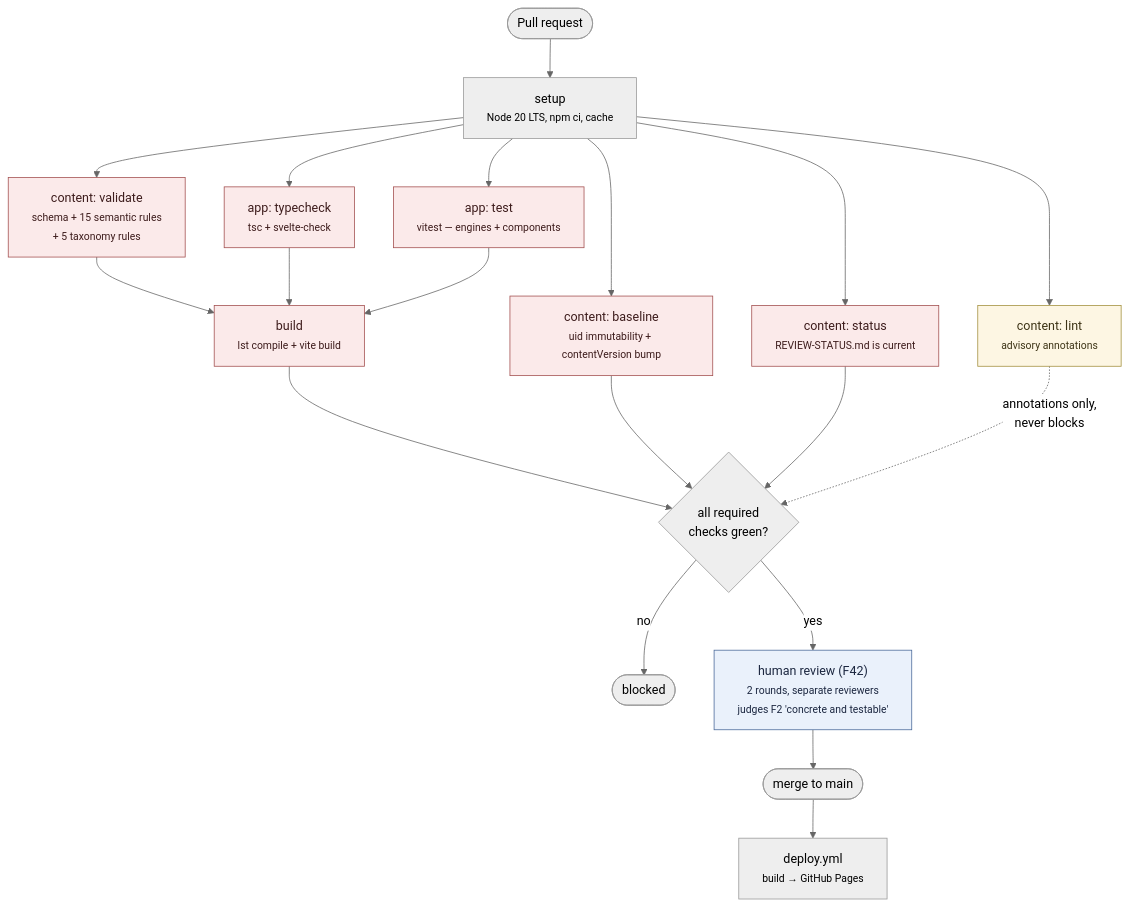
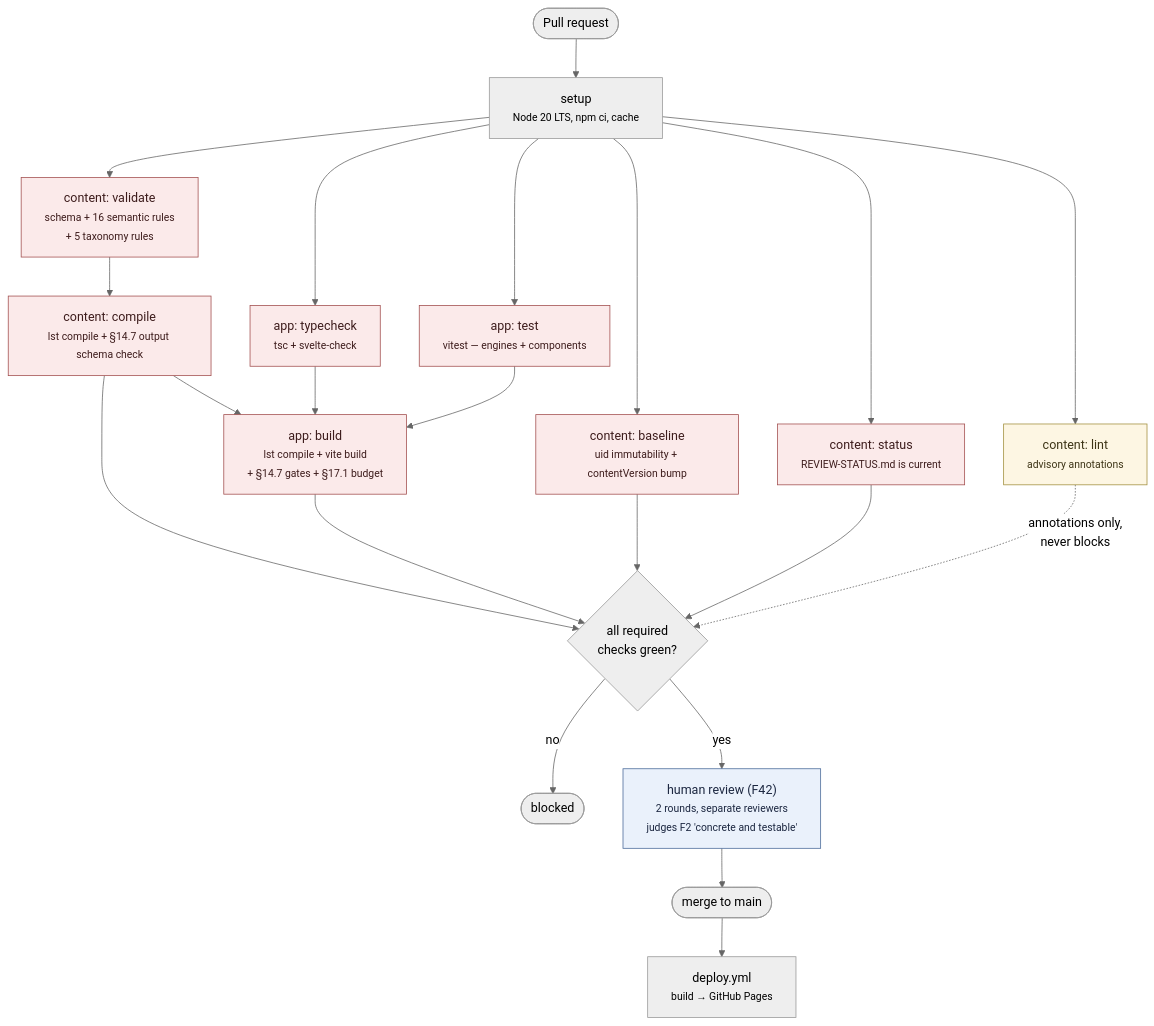
One commit to lifeskilltracker/lifeskilltracker.github.io changed the fourth of 9 diagrams in docs/ARCHITECTURE.md. Above: the diagram before and after it, drawn with Mermaid (neutral theme). The commit also changed other lines of this file and 16 other files, not shown here.

````diff
--- a/docs/ARCHITECTURE.md
+++ b/docs/ARCHITECTURE.md
@@ -901,32 +914,34 @@
 ```mermaid
 flowchart TD
     PR([Pull request]) --> SETUP["setup<br/><small>Node 20 LTS, npm ci, cache</small>"]
 
-    SETUP --> V["content: validate<br/><small>schema + 15 semantic rules<br/>+ 5 taxonomy rules</small>"]
+    SETUP --> V["content: validate<br/><small>schema + 16 semantic rules<br/>+ 5 taxonomy rules</small>"]
     SETUP --> B["content: baseline<br/><small>uid immutability + contentVersion bump</small>"]
     SETUP --> L["content: lint<br/><small>advisory annotations</small>"]
     SETUP --> ST["content: status<br/><small>REVIEW-STATUS.md is current</small>"]
     SETUP --> TC["app: typecheck<br/><small>tsc + svelte-check</small>"]
     SETUP --> T["app: test<br/><small>vitest — engines + components</small>"]
 
-    V --> BUILD["build<br/><small>lst compile + vite build</small>"]
+    V --> CMP["content: compile<br/><small>lst compile + §14.7 output schema check</small>"]
+    CMP --> BUILD["app: build<br/><small>lst compile + vite build<br/>+ §14.7 gates + §17.1 budget</small>"]
     TC --> BUILD
     T --> BUILD
 
-    BUILD --> GATE{"all required<br/>checks green?"}
+    CMP --> GATE{"all required<br/>checks green?"}
+    BUILD --> GATE
     B --> GATE
     ST --> GATE
     L -. "annotations only,<br/>never blocks" .-> GATE
 
     GATE -->|no| FAIL([blocked])
     GATE -->|yes| REVIEW["human review (F42)<br/><small>2 rounds, separate reviewers<br/>judges F2 'concrete and testable'</small>"]
     REVIEW --> MERGE([merge to main])
     MERGE --> DEPLOY["deploy.yml<br/><small>build → GitHub Pages</small>"]
 
     classDef gate fill:#fbeaea,stroke:#a35050,color:#3d1c1c
     classDef advisory fill:#fdf6e3,stroke:#a3903f,color:#3d3416
     classDef human fill:#eaf1fb,stroke:#4a6a9a,color:#1c2740
-    class V,B,ST,TC,T,BUILD gate
+    class V,B,ST,TC,T,CMP,BUILD gate
     class L advisory
     class REVIEW human
 ```
````
